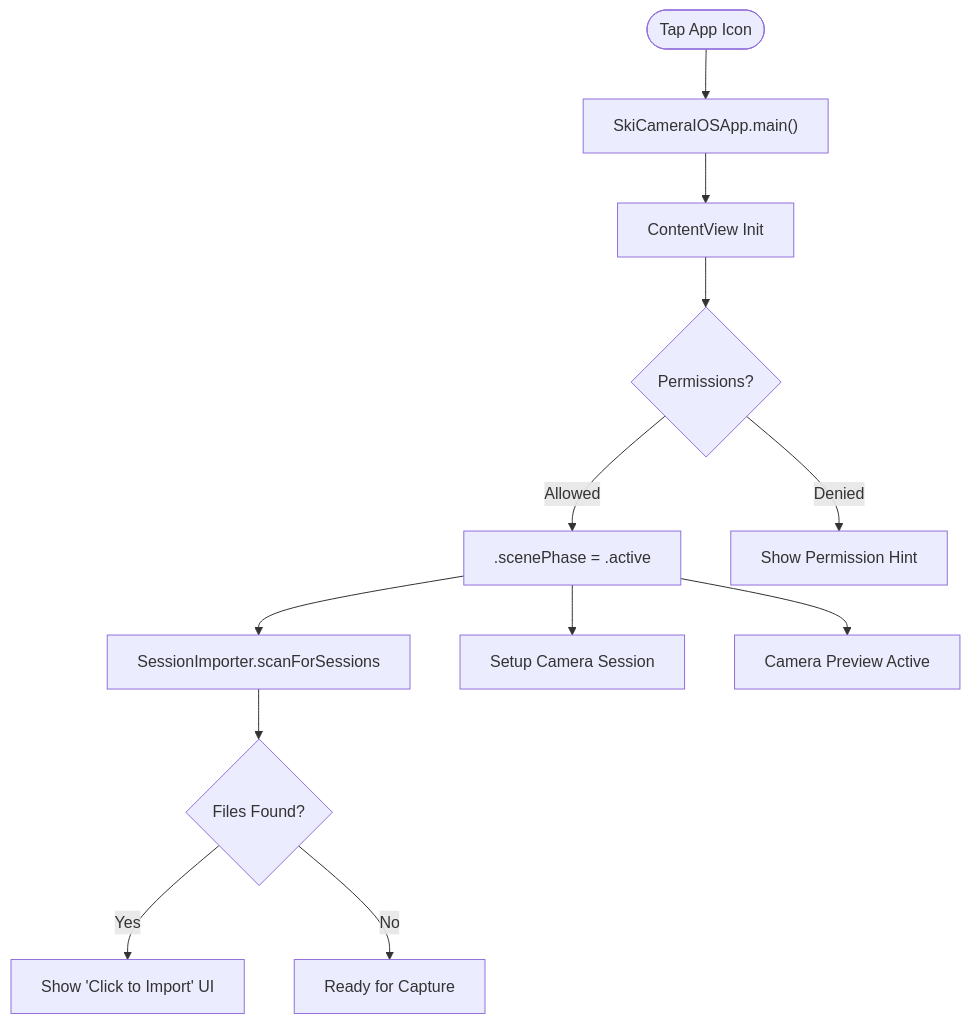
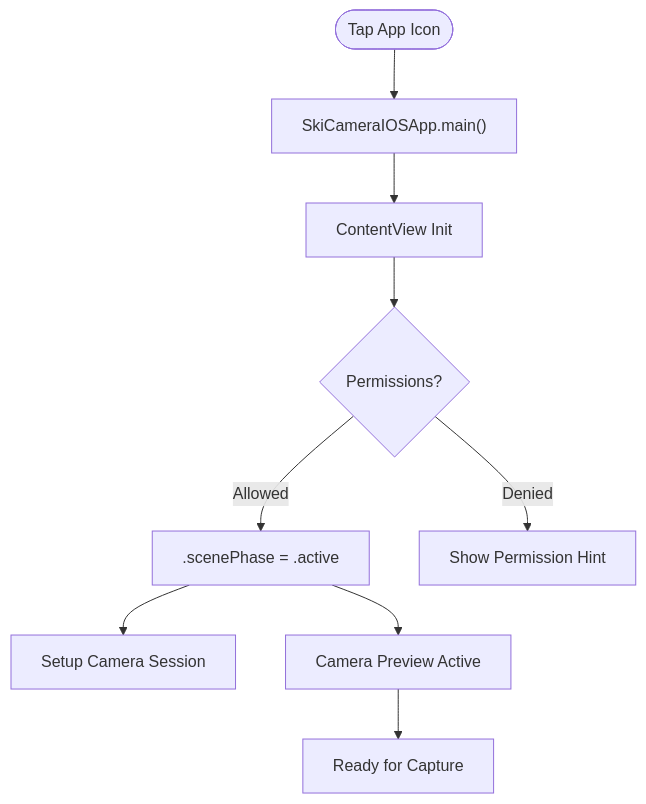
One commit to vincentkwchoi/SkiCamera changed the first of 3 diagrams in UI_FLOWS_AND_EVENTS.md. Above: the diagram before and after it, drawn with Mermaid. The commit also changed other lines of this file and 2 other files, not shown here.

Commit message:
Docs: Update Auto-Zoom Algorithm, Architecture, and UI Flows for ByteTrack and PhotoKit

````diff
--- a/UI_FLOWS_AND_EVENTS.md
+++ b/UI_FLOWS_AND_EVENTS.md
@@ -146,17 +130,14 @@
 ```mermaid
 graph TD
     User(["Tap App Icon"]) --> Launch["SkiCameraIOSApp.main()"]
     Launch --> Init["ContentView Init"]
     Init --> CheckPerms{"Permissions?"}
     
     CheckPerms -->|Allowed| Active[".scenePhase = .active"]
     CheckPerms -->|Denied| Error["Show Permission Hint"]
     
-    Active --> Scan["SessionImporter.scanForSessions"]
     Active --> Setup["Setup Camera Session"]
     Active --> Preview["Camera Preview Active"]
     
-    Scan --> CheckFiles{"Files Found?"}
-    CheckFiles -->|Yes| ShowImport["Show 'Click to Import' UI"]
-    CheckFiles -->|No| Ready["Ready for Capture"]
+    Preview --> Ready["Ready for Capture"]
 ```
````
